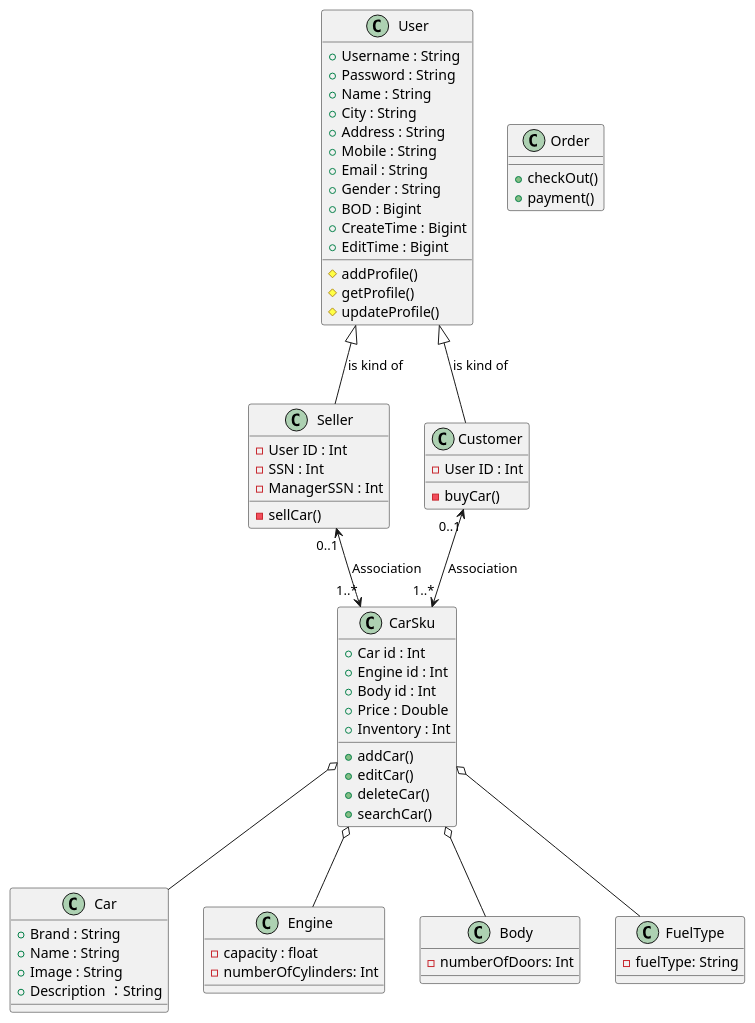
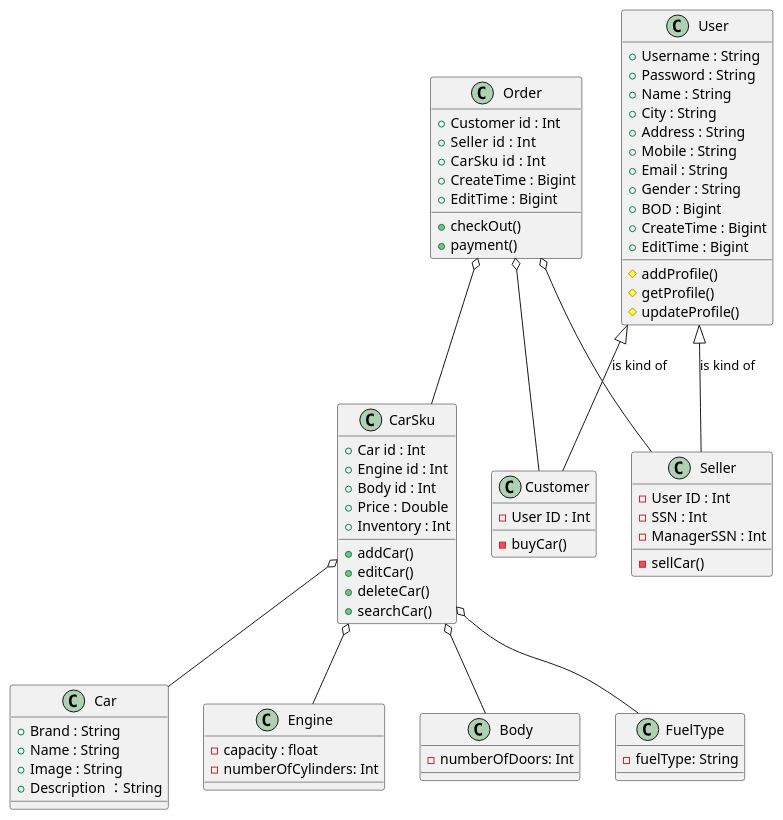
One commit to Caisen1988/phpunit changed the diagram in uml/CarSaleSystem.puml. Above: the diagram before and after it, drawn with PlantUML.

Commit message:
finish UML

```diff
--- a/uml/CarSaleSystem.puml
+++ b/uml/CarSaleSystem.puml
@@ -1,76 +1,82 @@
 @startuml
  class CarSku {
   + Car id : Int
   + Engine id : Int
   + Body id : Int
   + Price : Double
   + Inventory : Int
   + addCar()
   + editCar()
   + deleteCar()
   + searchCar()
  }
 
  class Car {
   + Brand : String
   + Name : String
   + Image : String
   + Description ：String
  }
 
  class Engine{
   - capacity : float
   - numberOfCylinders: Int
  }
  class Body{
   - numberOfDoors: Int
  }
  class FuelType{
   - fuelType: String
  }
 
  class User {
   + Username : String
   + Password : String
   + Name : String
   + City : String
   + Address : String
   + Mobile : String
   + Email : String
   + Gender : String
   + BOD : Bigint
   + CreateTime : Bigint
   + EditTime : Bigint
   # addProfile()
   # getProfile()
   # updateProfile()
  }
 
  class Seller{
     - User ID : Int
     - SSN : Int
     - ManagerSSN : Int
     - sellCar()
  }
 
  class Customer{
     - User ID : Int
     - buyCar()
  }
 
  class Order{
+    +Customer id : Int
+    +Seller id  : Int
+    +CarSku id  : Int
+    + CreateTime : Bigint
+    + EditTime : Bigint
     +checkOut()
     +payment()
  }
 
 
  User <|-- Seller : is kind of
  User <|-- Customer : is kind of
- Seller    "0..1"<-->"1..*" CarSku : Association
- Customer  "0..1"<-->"1..*" CarSku : Association
  CarSku o-- Car
  CarSku o-- Engine
  CarSku o-- Body
  CarSku o-- FuelType
+ Order o-- Seller
+ Order o-- Customer
+ Order o-- CarSku
 
 @enduml
```
